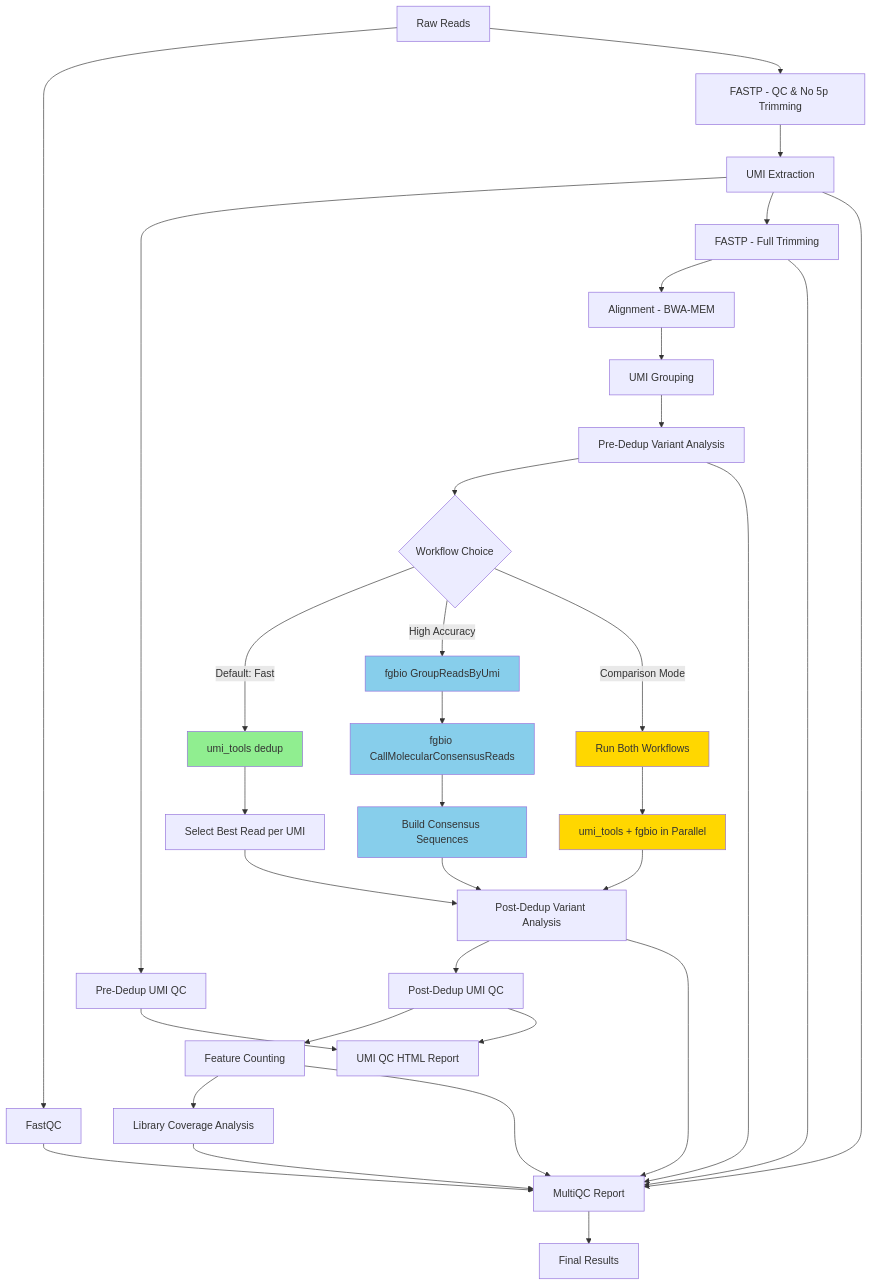
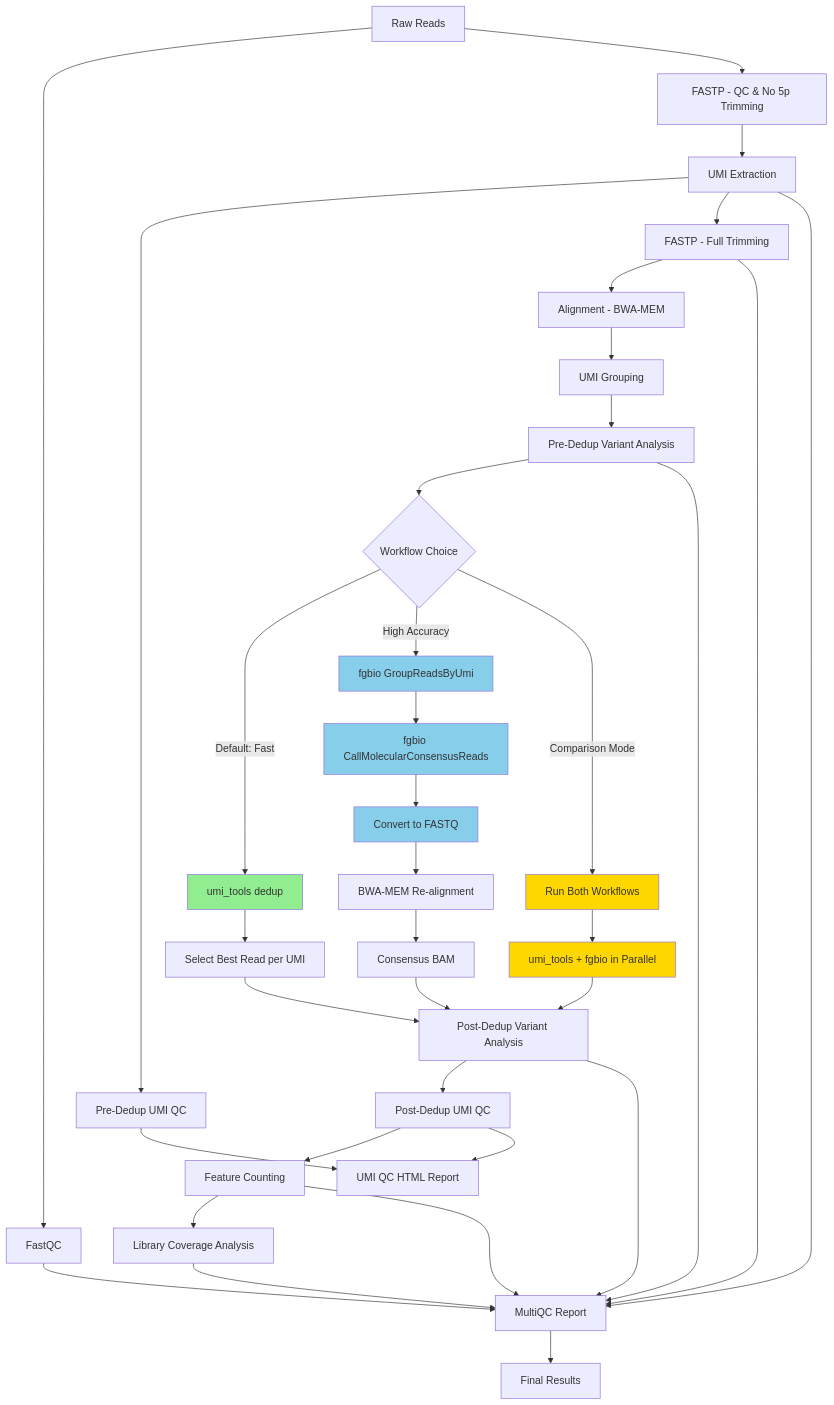
Before and after one commit to mgl0619/umi_amplicon: the diagram in README.md, drawn with Mermaid. The commit also changed other lines of this file and 8 other files, not shown here.

````diff
--- a/README.md
+++ b/README.md
@@ -231,50 +251,52 @@
 ```mermaid
 graph TD
     A[Raw Reads] --> B[FastQC]
     A --> C[FASTP - QC & No 5p Trimming]
     C --> D[UMI Extraction]
     D --> E[Pre-Dedup UMI QC]
     D --> F[FASTP - Full Trimming]
     F --> G[Alignment - BWA-MEM]
     G --> H[UMI Grouping]
     H --> I[Pre-Dedup Variant Analysis]
     
     I --> J{Workflow Choice}
     
     J -->|Default: Fast| K[umi_tools dedup]
     K --> K1[Select Best Read per UMI]
     K1 --> N[Post-Dedup Variant Analysis]
     
     J -->|High Accuracy| L[fgbio GroupReadsByUmi]
     L --> L1[fgbio CallMolecularConsensusReads]
-    L1 --> L2[Build Consensus Sequences]
-    L2 --> N
+    L1 --> L2[Convert to FASTQ]
+    L2 --> L3[BWA-MEM Re-alignment]
+    L3 --> L4[Consensus BAM]
+    L4 --> N
     
     J -->|Comparison Mode| M[Run Both Workflows]
     M --> M1[umi_tools + fgbio in Parallel]
     M1 --> N
     
     N --> O[Post-Dedup UMI QC]
     O --> P[Feature Counting]
     P --> Q[Library Coverage Analysis]
     
     E --> R[UMI QC HTML Report]
     O --> R
     
     B --> S[MultiQC Report]
     D --> S
     F --> S
     I --> S
     N --> S
     P --> S
     Q --> S
     
     S --> T[Final Results]
     
     style K fill:#90EE90
     style L fill:#87CEEB
     style L1 fill:#87CEEB
     style L2 fill:#87CEEB
     style M fill:#FFD700
     style M1 fill:#FFD700
 ```
````
